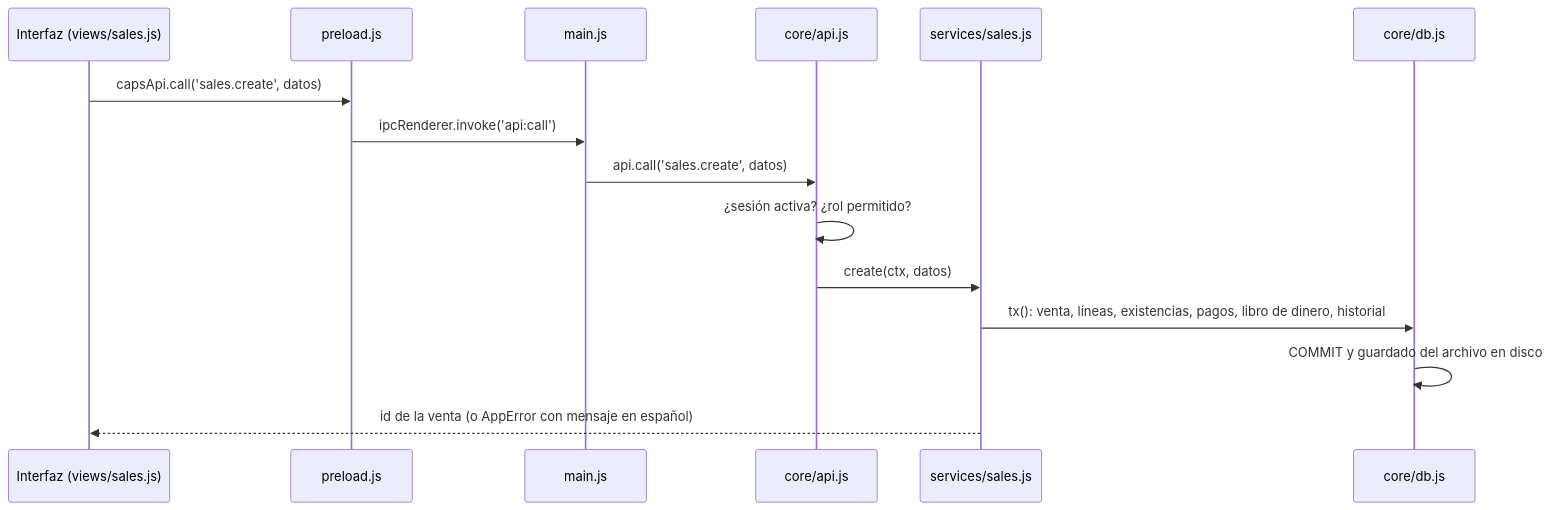
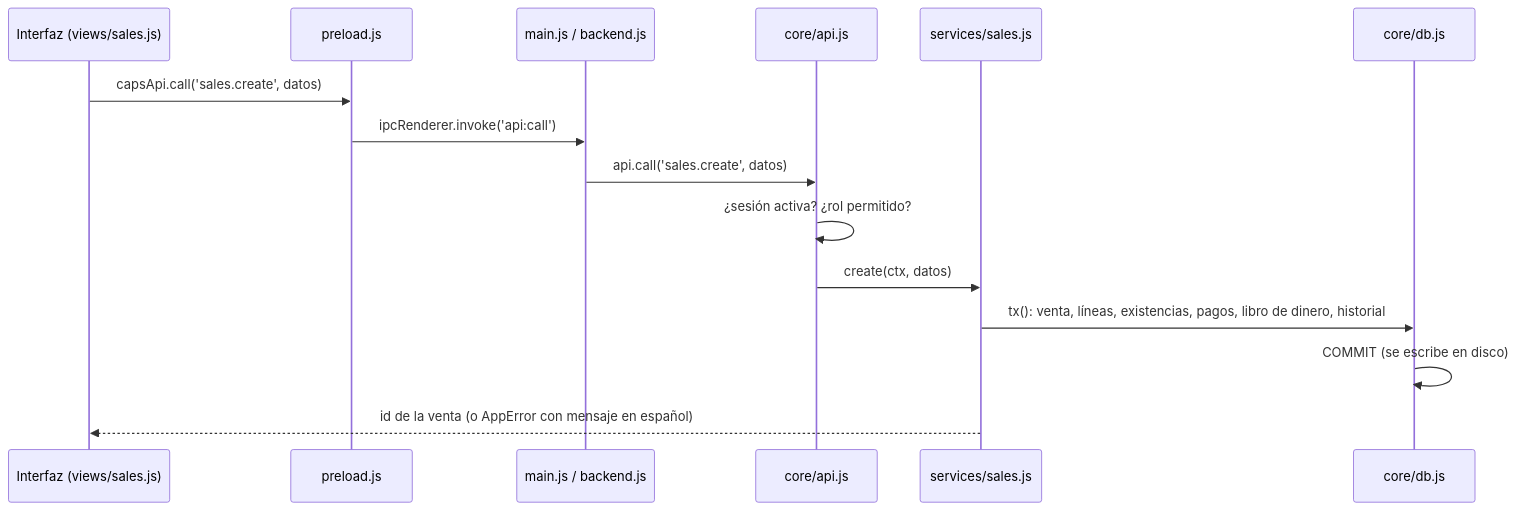
Before and after one commit to kelvinjose14/CS-SHOP: the diagram in docs/tecnico/arquitectura.md, drawn with Mermaid. The commit also changed other lines of this file and 42 other files, not shown here.

````diff
--- a/docs/tecnico/arquitectura.md
+++ b/docs/tecnico/arquitectura.md
@@ -47,17 +55,17 @@
 ```mermaid
 sequenceDiagram
   participant UI as Interfaz (views/sales.js)
   participant P as preload.js
-  participant M as main.js
+  participant M as main.js / backend.js
   participant A as core/api.js
   participant S as services/sales.js
   participant D as core/db.js
   UI->>P: capsApi.call('sales.create', datos)
   P->>M: ipcRenderer.invoke('api:call')
   M->>A: api.call('sales.create', datos)
   A->>A: ¿sesión activa? ¿rol permitido?
   A->>S: create(ctx, datos)
   S->>D: tx(): venta, líneas, existencias, pagos, libro de dinero, historial
-  D->>D: COMMIT y guardado del archivo en disco
+  D->>D: COMMIT (se escribe en disco)
   S-->>UI: id de la venta (o AppError con mensaje en español)
 ```
````
